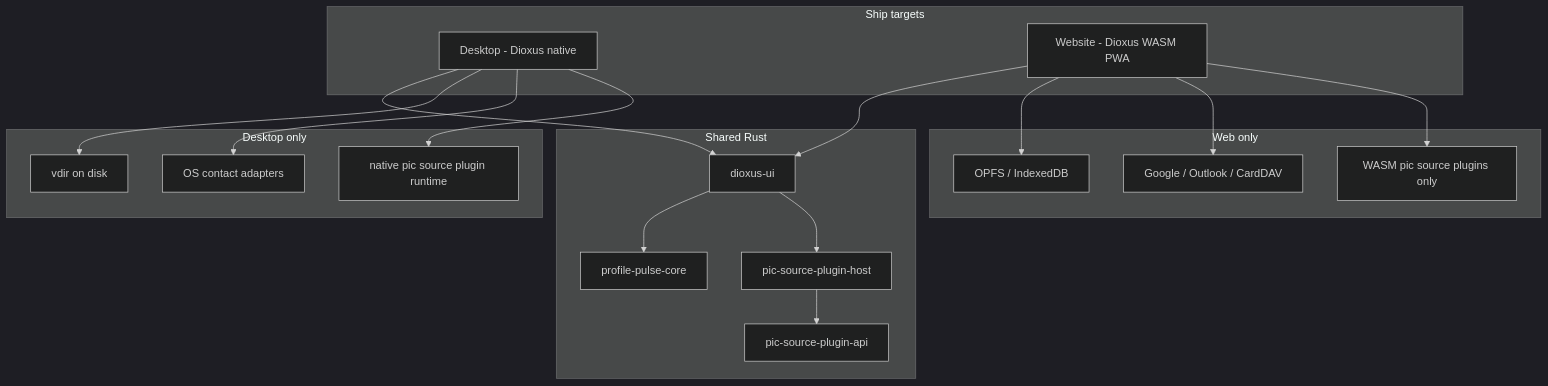
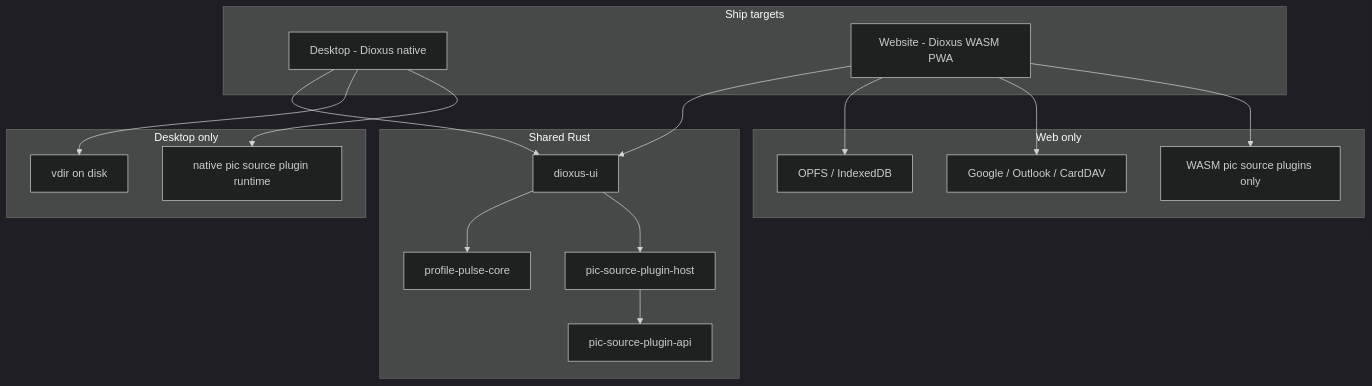
One commit to MRDGH2821/Profile-Pulse changed the diagram in docs/superpowers/specs/2026-08-22-rewrite-architecture-design.md. Above: the diagram before and after it, drawn with Mermaid (dark theme). The commit also changed other lines of this file and 5 other files, not shown here.

````diff
--- a/docs/superpowers/specs/2026-08-22-rewrite-architecture-design.md
+++ b/docs/superpowers/specs/2026-08-22-rewrite-architecture-design.md
@@ -46,38 +46,36 @@
 ```mermaid
 flowchart TB
   subgraph targets [Ship targets]
     D[Desktop - Dioxus native]
     W[Website - Dioxus WASM PWA]
   end
 
   subgraph shared [Shared Rust]
     UI[dioxus-ui]
     Core[profile-pulse-core]
     API[pic-source-plugin-api]
     Host[pic-source-plugin-host]
   end
 
   subgraph desktop_only [Desktop only]
     VdirFS[vdir on disk]
-    OSSync[OS contact adapters]
     NativeRT[native pic source plugin runtime]
   end
 
   subgraph web_only [Web only]
     OPFS[OPFS / IndexedDB]
     CloudOnly[Google / Outlook / CardDAV]
     WasmOnly[WASM pic source plugins only]
   end
 
   D --> UI
   W --> UI
   UI --> Core
   UI --> Host
   Host --> API
   D --> VdirFS
-  D --> OSSync
   D --> NativeRT
   W --> OPFS
   W --> CloudOnly
   W --> WasmOnly
 ```
````
